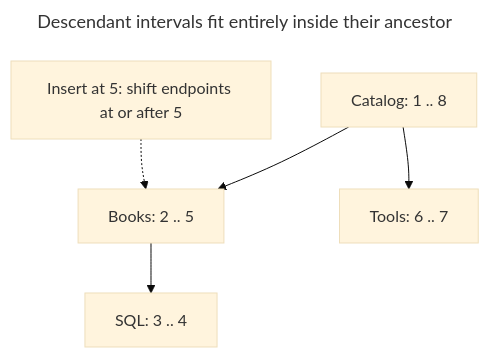
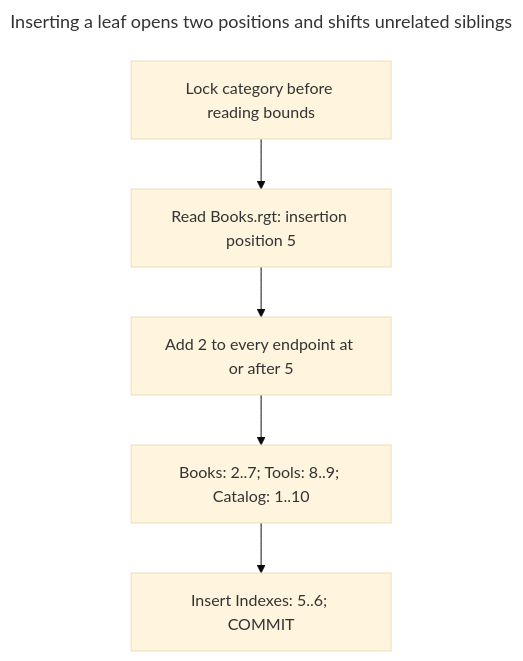
One commit to mokevnin/database-design-patterns changed the third of 5 diagrams in book/en/nested-sets.md. Above: the diagram before and after it, drawn with Mermaid (base theme). The commit also changed other lines of this file and 13 other files, not shown here.

First line of the commit message:
docs: add ER and other diagrams to the first fourteen chapters

````diff
--- a/book/en/nested-sets.md
+++ b/book/en/nested-sets.md
@@ -41,15 +142,12 @@
 ```mermaid
 ---
-title: Descendant intervals fit entirely inside their ancestor
+title: Inserting a leaf opens two positions and shifts unrelated siblings
 ---
 flowchart TB
-  root["Catalog: 1 .. 8"]:::muted
-  books["Books: 2 .. 5"]:::accent
-  sql["SQL: 3 .. 4"]:::accent
-  tools["Tools: 6 .. 7"]:::muted
-  gap["Insert at 5: shift endpoints at or after 5"]:::warn
-  root --> books
-  books --> sql
-  root --> tools
-  gap -.-> books
+  lock["Lock category before reading bounds"]:::muted
+  position["Read Books.rgt: insertion position 5"]:::accent
+  shift["Add 2 to every endpoint at or after 5"]:::accent
+  changed["Books: 2..7; Tools: 8..9; Catalog: 1..10"]:::warn
+  leaf["Insert Indexes: 5..6; COMMIT"]:::accent
+  lock --> position --> shift --> changed --> leaf
 ```
````
